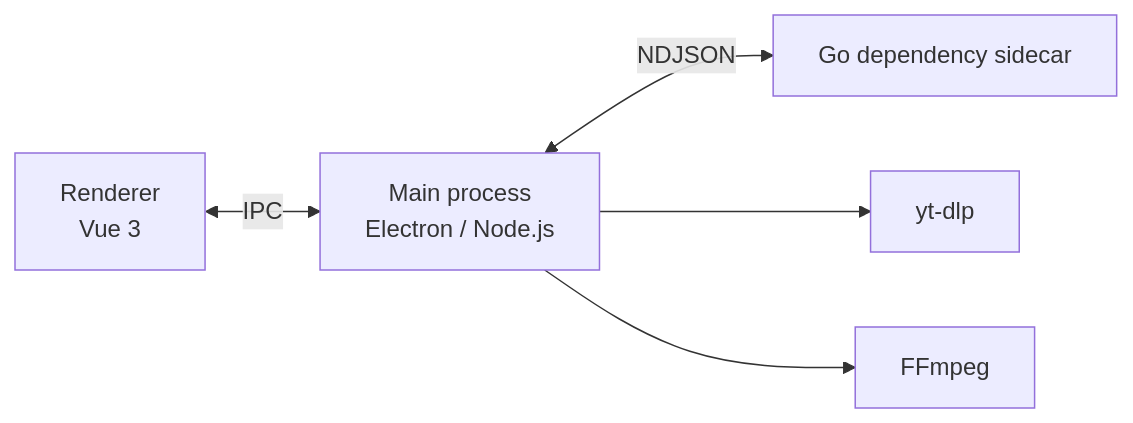
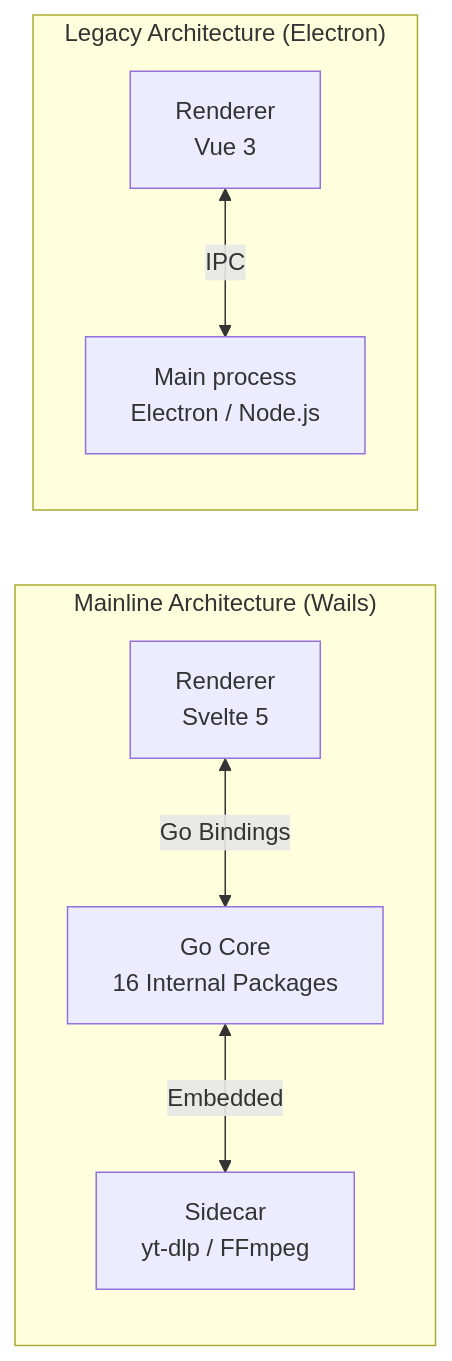
One commit to Downvid/downvid changed the diagram in README.md. Above: the diagram before and after it, drawn with Mermaid. The commit also changed other lines of this file and 7 other files, not shown here.

Commit message:
docs: sync website interactive preview, documentation, and architecture status

````diff
--- a/README.md
+++ b/README.md
@@ -239,7 +247,10 @@
 ```mermaid
 flowchart LR
-    UI["Renderer<br/>Vue 3"] <-->|"IPC"| Main["Main process<br/>Electron / Node.js"]
-    Main <-->|"NDJSON"| Sidecar["Go dependency sidecar"]
-    Main --> Engine["yt-dlp"]
-    Main --> Media["FFmpeg"]
+    subgraph WailsApp["Mainline Architecture (Wails)"]
+        SvelteUI["Renderer<br/>Svelte 5"] <-->|"Go Bindings"| GoCore["Go Core<br/>16 Internal Packages"]
+        GoCore <-->|"Embedded"| Sidecar["Sidecar<br/>yt-dlp / FFmpeg"]
+    end
+    subgraph LegacyApp["Legacy Architecture (Electron)"]
+        VueUI["Renderer<br/>Vue 3"] <-->|"IPC"| Main["Main process<br/>Electron / Node.js"]
+    end
 ```
````
